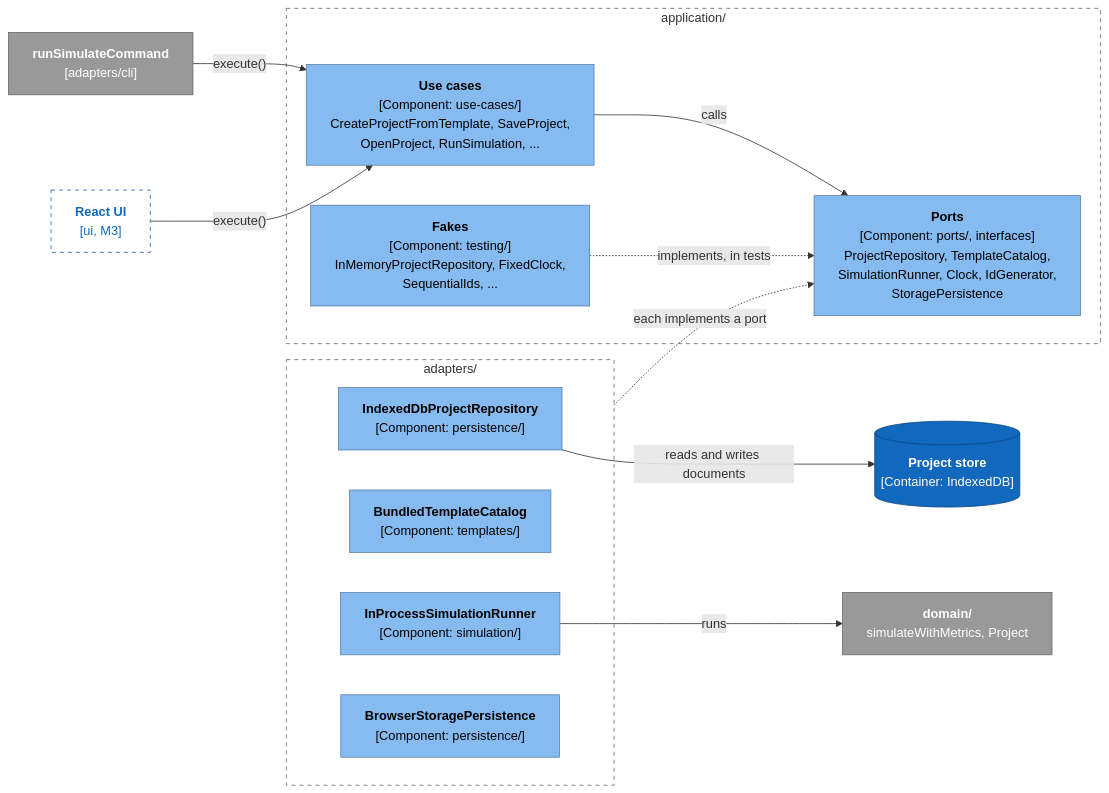
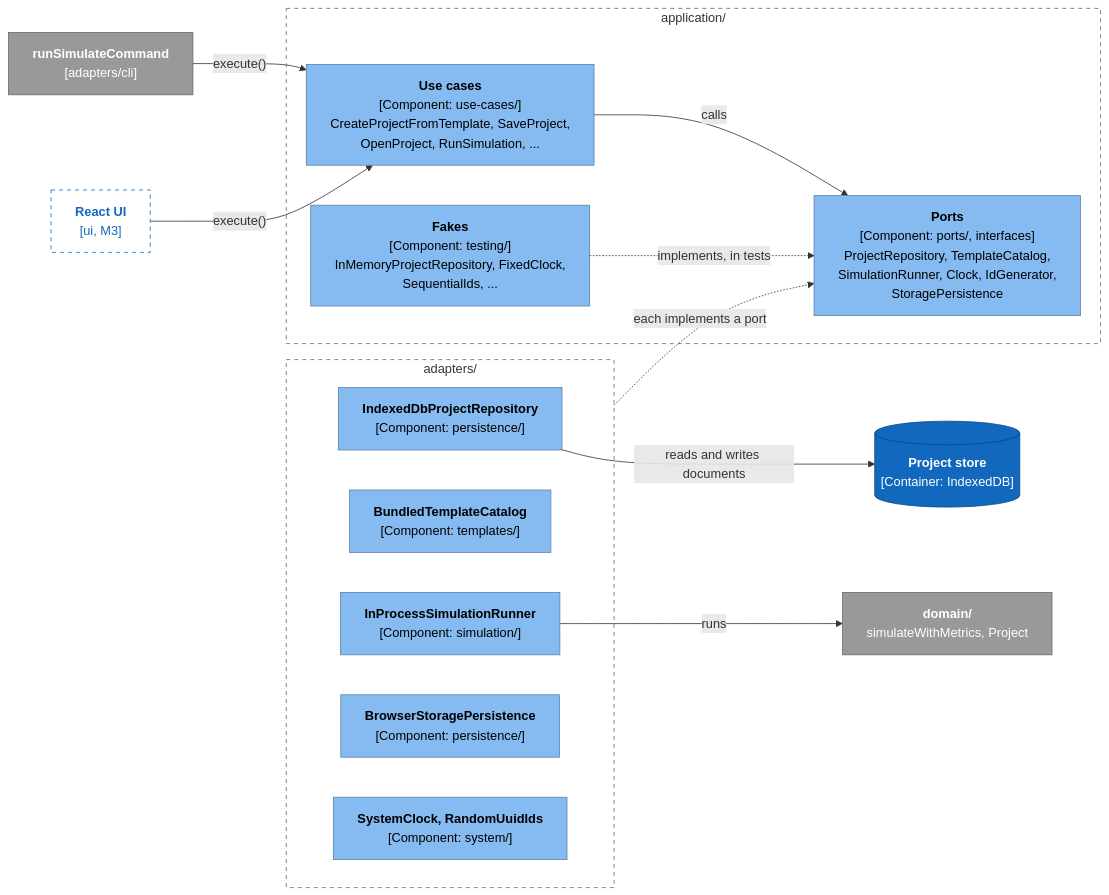
One commit to alanbickel/wind-tunnel changed the first of 2 diagrams in docs/architecture/application-layer.md. Above: the diagram before and after it, drawn with Mermaid. The commit also changed other lines of this file and 6 other files, not shown here.

Commit message:
feat(adapters): add SystemClock and RandomUuidIds adapters for the Clock and IdGenerator ports

````diff
--- a/docs/architecture/application-layer.md
+++ b/docs/architecture/application-layer.md
@@ -13,32 +13,33 @@
 ```mermaid
 %%{init: {"flowchart": {"wrappingWidth": 320}}}%%
 flowchart LR
     cli["<b>runSimulateCommand</b><br/>[adapters/cli]"]:::external
     ui["<b>React UI</b><br/>[ui, M3]"]:::planned
     subgraph app["application/"]
         uc["<b>Use cases</b><br/>[Component: use-cases/]<br/>CreateProjectFromTemplate, SaveProject,<br/>OpenProject, RunSimulation, ..."]:::component
         ports["<b>Ports</b><br/>[Component: ports/, interfaces]<br/>ProjectRepository, TemplateCatalog,<br/>SimulationRunner, Clock, IdGenerator,<br/>StoragePersistence"]:::component
         fakes["<b>Fakes</b><br/>[Component: testing/]<br/>InMemoryProjectRepository, FixedClock,<br/>SequentialIds, ..."]:::component
     end
     subgraph ad["adapters/"]
         repo["<b>IndexedDbProjectRepository</b><br/>[Component: persistence/]"]:::component
         cat["<b>BundledTemplateCatalog</b><br/>[Component: templates/]"]:::component
         run["<b>InProcessSimulationRunner</b><br/>[Component: simulation/]"]:::component
         sp["<b>BrowserStoragePersistence</b><br/>[Component: persistence/]"]:::component
+        sys["<b>SystemClock, RandomUuidIds</b><br/>[Component: system/]"]:::component
     end
     db[("<b>Project store</b><br/>[Container: IndexedDB]")]:::system
     dom["<b>domain/</b><br/>simulateWithMetrics, Project"]:::external
     cli & ui -->|"execute()"| uc
     uc -->|"calls"| ports
     fakes -.->|"implements, in tests"| ports
     ad -.->|"each implements a port"| ports
     repo -->|"reads and writes documents"| db
     run -->|"runs"| dom
     style app fill:none,stroke:#666,stroke-dasharray:5 5
     style ad fill:none,stroke:#666,stroke-dasharray:5 5
     classDef person fill:#08427b,stroke:#052e56,color:#fff
     classDef system fill:#1168bd,stroke:#0b4884,color:#fff
     classDef component fill:#85bbf0,stroke:#5d82a8,color:#000
     classDef external fill:#999,stroke:#6b6b6b,color:#fff
     classDef planned fill:#fff,stroke:#1168bd,color:#1168bd,stroke-dasharray:5 5
 ```
````
